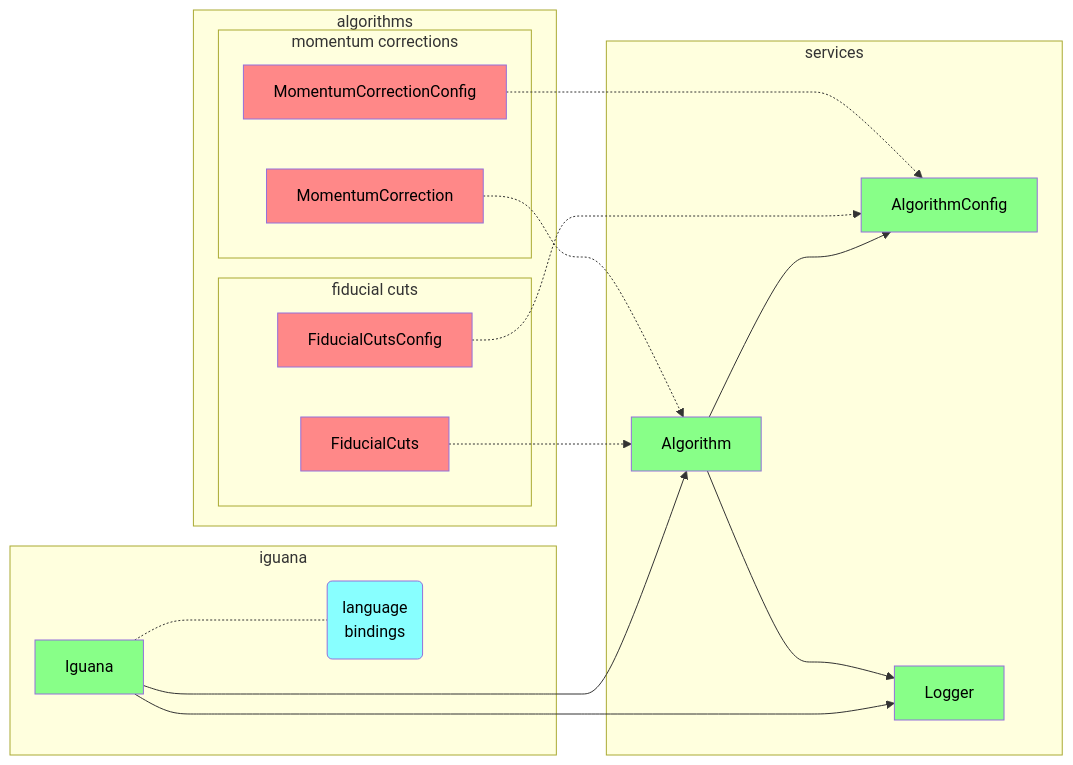
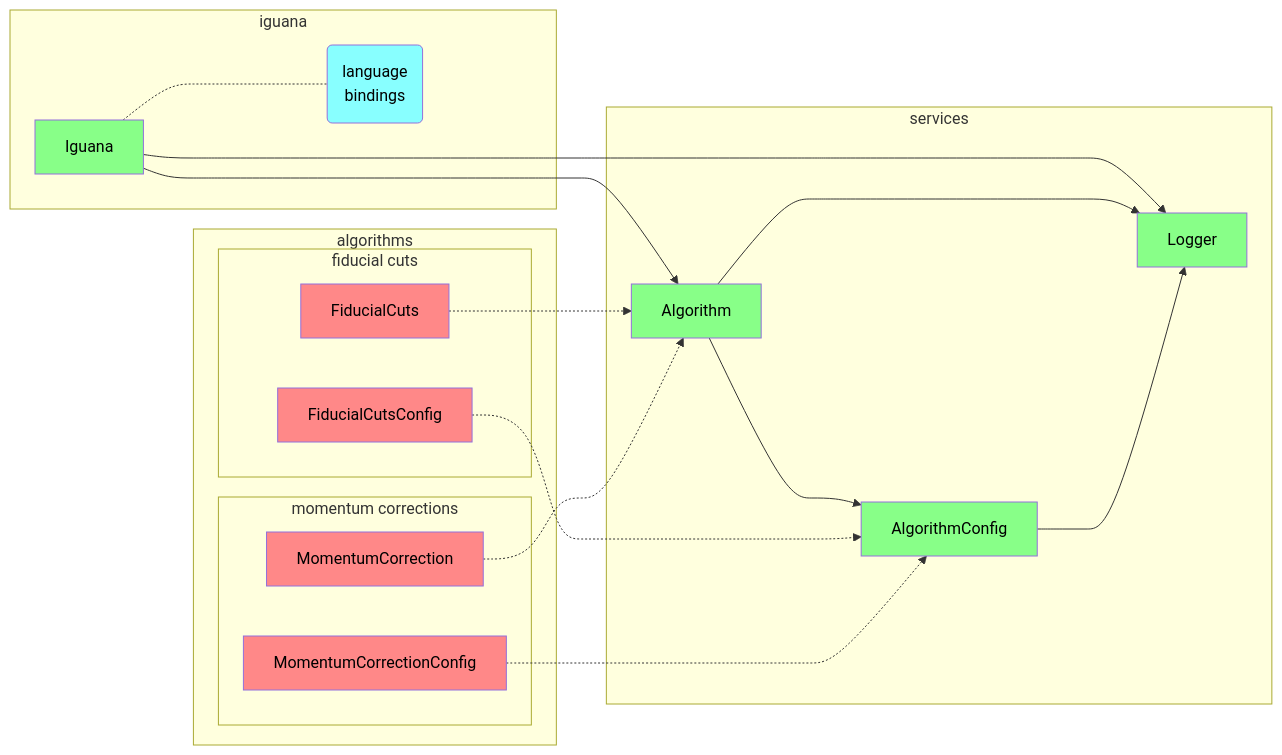
One commit to JeffersonLab/iguana changed the second of 2 diagrams in doc/design.md. Above: the diagram before and after it, drawn with Mermaid.

Commit message:
doc: `AlgorithmConfig` owns a `Logger` instance

````diff
--- a/doc/design.md
+++ b/doc/design.md
@@ -26,39 +26,40 @@
 ```mermaid
 flowchart LR
     classDef cls fill:#88ff88,color:black
     classDef algo fill:#ff8888,color:black
     classDef other fill:#88ffff,color:black
 
     subgraph iguana
         Iguana:::cls
         bindings(language<br />bindings):::other
     end
 
     subgraph services
         Algorithm:::cls
         AlgorithmConfig:::cls
         Logger:::cls
     end
 
     subgraph algorithms
         subgraph fiducial cuts
             FiducialCuts:::algo
             FiducialCutsConfig:::algo
         end
         subgraph momentum corrections
             MomentumCorrection:::algo
             MomentumCorrectionConfig:::algo
         end
     end
 
     Iguana    ---> Logger
     Iguana    ---> Algorithm
     Iguana    -.-  bindings
     Algorithm ---> Logger
     Algorithm ---> AlgorithmConfig
+    AlgorithmConfig ---> Logger
 
     FiducialCuts       -.-> Algorithm
     FiducialCutsConfig -.-> AlgorithmConfig
     MomentumCorrection       -.-> Algorithm
     MomentumCorrectionConfig -.-> AlgorithmConfig
 ```
````
